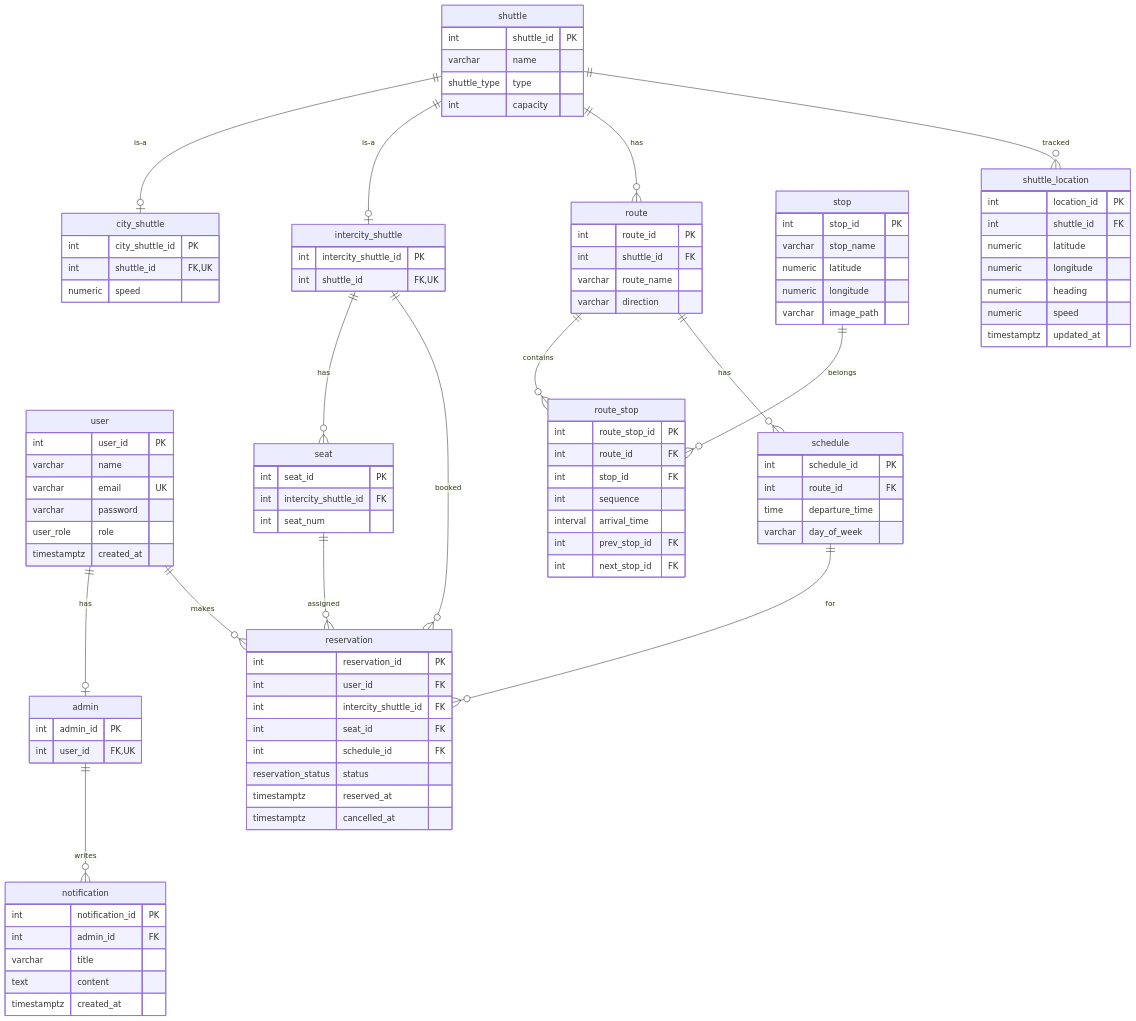
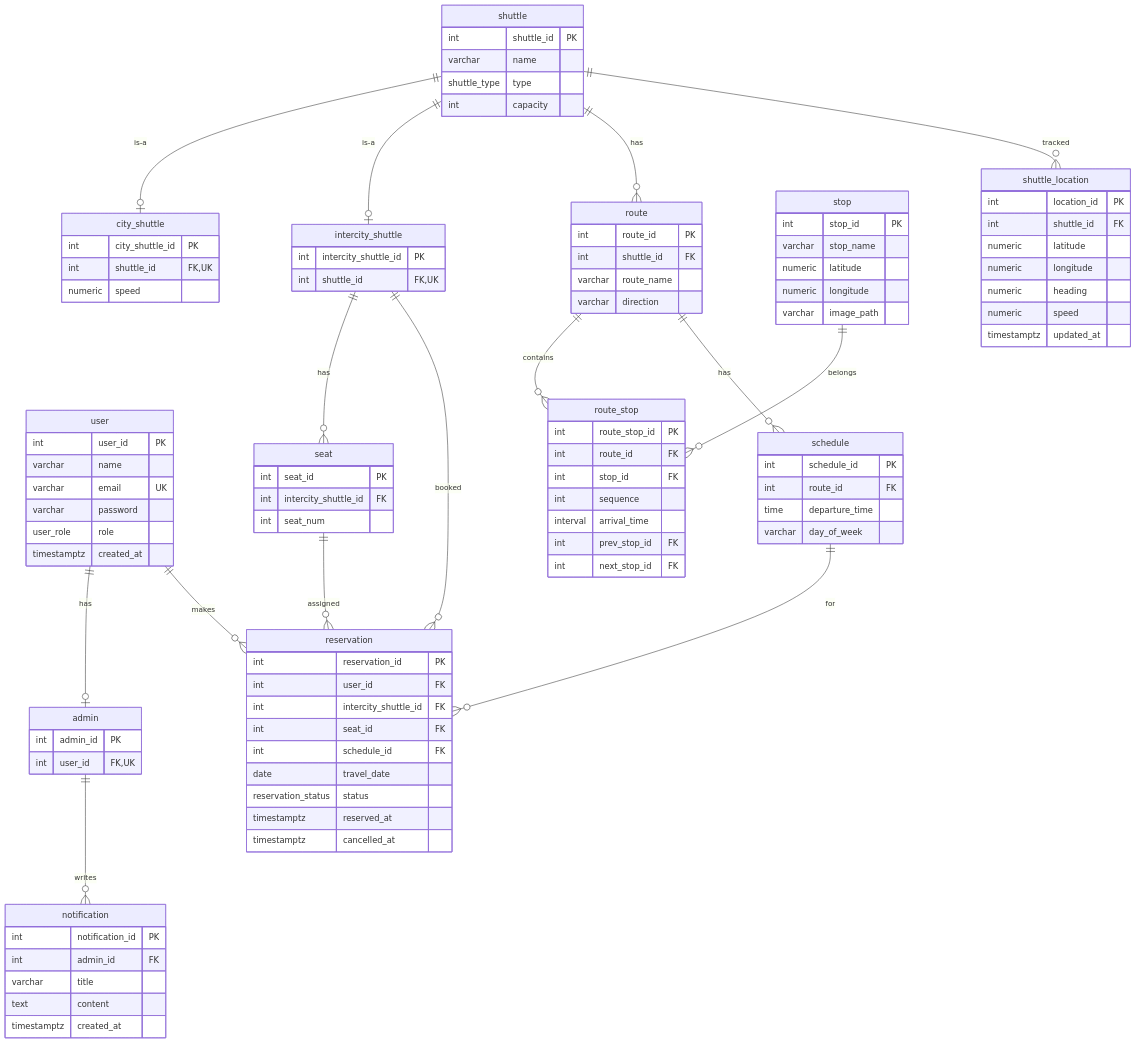
Before and after one commit to hannahcho422/yonsei-shuttle: the diagram in docs/erd.md, drawn with Mermaid. The commit also changed 5 other files, not shown here.

Commit message:
fix: add travel_date and unique constraint to prevent duplicate reservations

```diff
--- a/docs/erd.md
+++ b/docs/erd.md
@@ -88,6 +88,7 @@
         int intercity_shuttle_id FK
         int seat_id FK
         int schedule_id FK
+        date travel_date
         reservation_status status
         timestamptz reserved_at
         timestamptz cancelled_at
```
